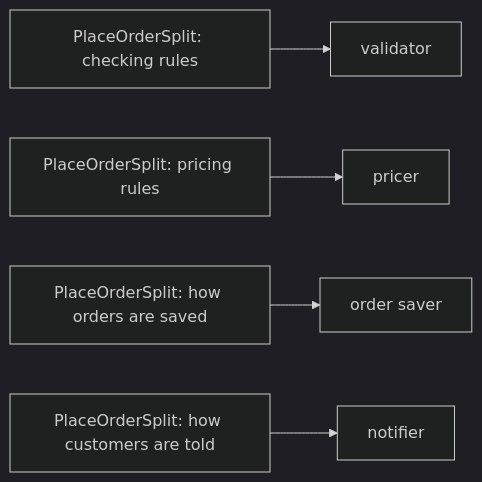
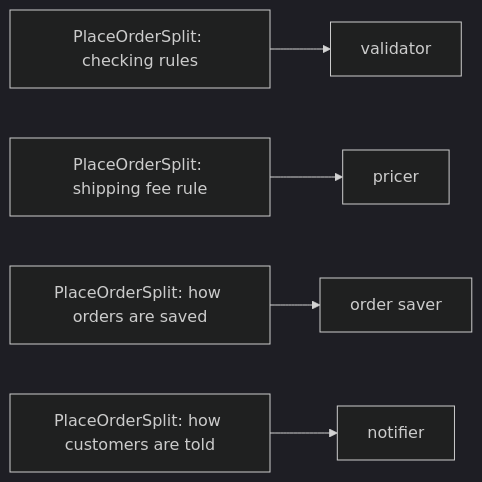
Before and after one commit to duyan11110/lo-trinh-architect: the diagram in content/tracks/design/solid/design.l1.solid-srp.en.md, drawn with Mermaid (dark theme). The commit also changed other lines of this file and 1 other file, not shown here.

````diff
--- a/content/tracks/design/solid/design.l1.solid-srp.en.md
+++ b/content/tracks/design/solid/design.l1.solid-srp.en.md
@@ -39,7 +39,7 @@
 ```mermaid
 flowchart LR
   A[PlaceOrderSplit: checking rules] --> V[validator]
-  B[PlaceOrderSplit: pricing rules] --> P[pricer]
+  B[PlaceOrderSplit: shipping fee rule] --> P[pricer]
   C[PlaceOrderSplit: how orders are saved] --> S[order saver]
   D[PlaceOrderSplit: how customers are told] --> N[notifier]
 ```
````
